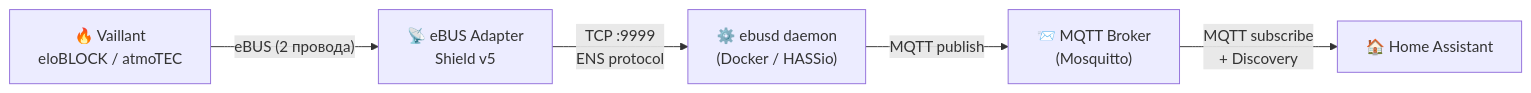
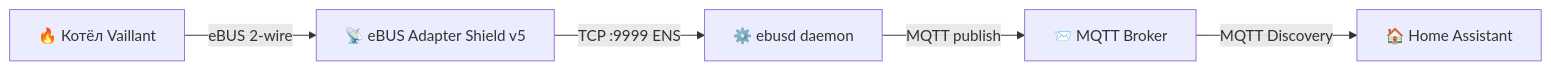
One commit to Gfermoto/Vaillant changed the first of 7 diagrams in HABR_ARTICLE.md. Above: the diagram before and after it, drawn with Mermaid. The commit also changed other lines of this file, not shown here.

First line of the commit message:
Fix Mermaid diagrams: remove literal \n from all node and edge labels

````diff
--- a/HABR_ARTICLE.md
+++ b/HABR_ARTICLE.md
@@ -44,13 +44,13 @@
 ```mermaid
 graph LR
-    Boiler["🔥 Vaillant\neloBLOCK / atmoTEC"]
-    Adapter["📡 eBUS Adapter\nShield v5"]
-    Ebusd["⚙️ ebusd daemon\n(Docker / HASSio)"]
-    MQTT["📨 MQTT Broker\n(Mosquitto)"]
+    Boiler["🔥 Котёл Vaillant"]
+    Adapter["📡 eBUS Adapter Shield v5"]
+    Ebusd["⚙️ ebusd daemon"]
+    MQTT["📨 MQTT Broker"]
     HA["🏠 Home Assistant"]
 
-    Boiler -- "eBUS (2 провода)" --> Adapter
-    Adapter -- "TCP :9999\nENS protocol" --> Ebusd
+    Boiler -- "eBUS 2-wire" --> Adapter
+    Adapter -- "TCP :9999 ENS" --> Ebusd
     Ebusd -- "MQTT publish" --> MQTT
-    MQTT -- "MQTT subscribe\n+ Discovery" --> HA
+    MQTT -- "MQTT Discovery" --> HA
 ```
````
